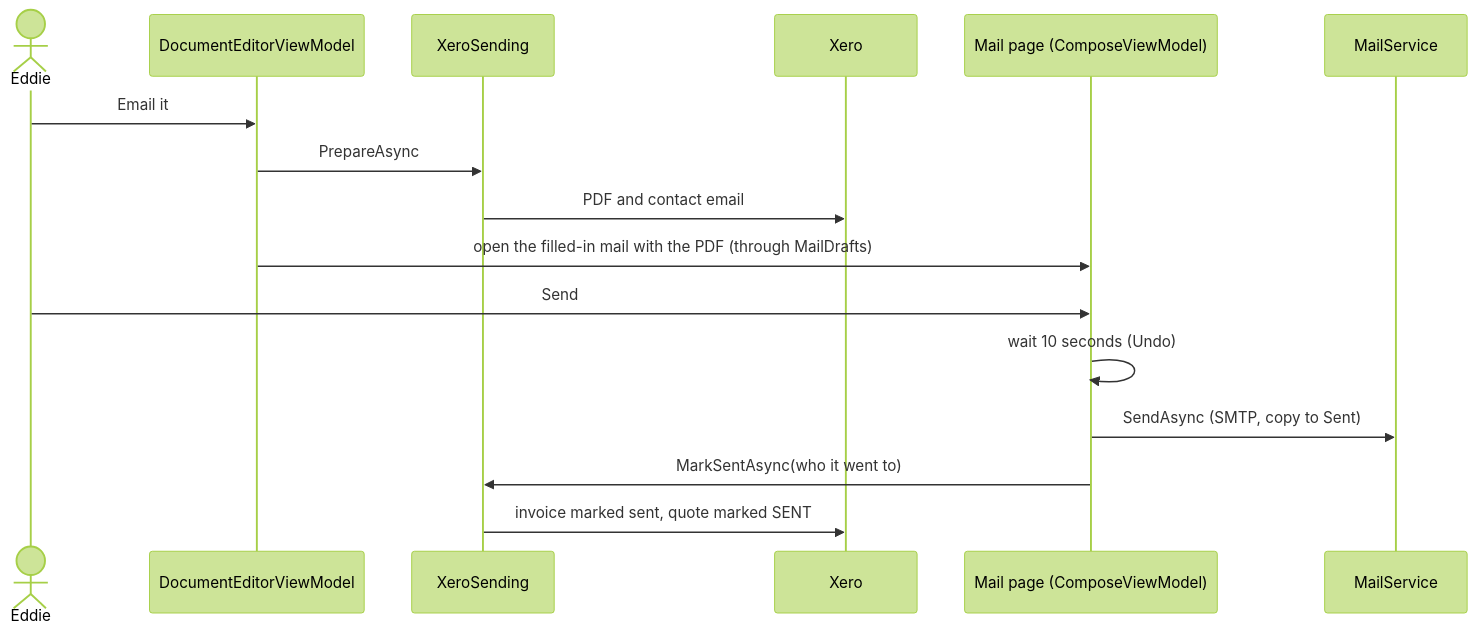
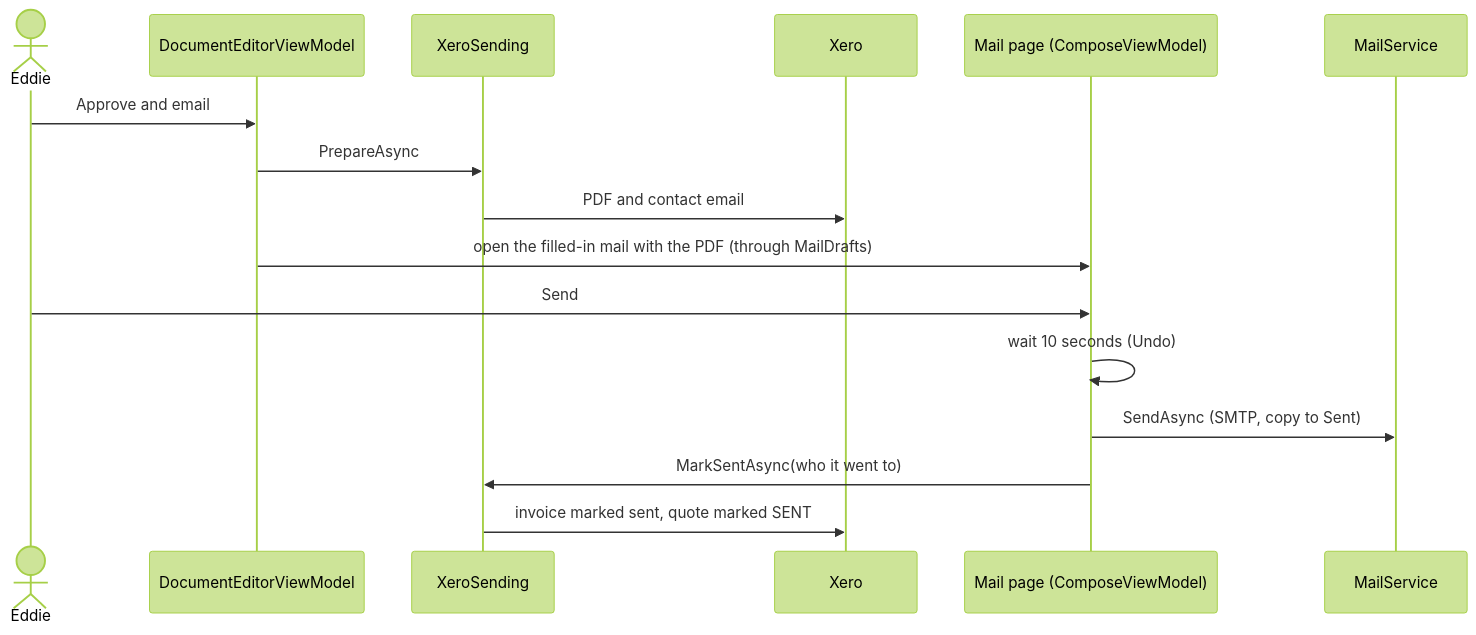
The seventh of 9 diagrams in docs/architecture.md (EdWebIgnite/Webignite-Desktop), drawn with Mermaid (forest theme) before and after one commit. The commit also changed other lines of this file and 6 other files, not shown here.

````diff
--- a/docs/architecture.md
+++ b/docs/architecture.md
@@ -266,19 +266,19 @@
 ```mermaid
 sequenceDiagram
     actor Eddie
     participant Editor as DocumentEditorViewModel
     participant Sending as XeroSending
     participant Xero
     participant Mail as Mail page (ComposeViewModel)
     participant Service as MailService
 
-    Eddie->>Editor: Email it
+    Eddie->>Editor: Approve and email
     Editor->>Sending: PrepareAsync
     Sending->>Xero: PDF and contact email
     Editor->>Mail: open the filled-in mail with the PDF (through MailDrafts)
     Eddie->>Mail: Send
     Mail->>Mail: wait 10 seconds (Undo)
     Mail->>Service: SendAsync (SMTP, copy to Sent)
     Mail->>Sending: MarkSentAsync(who it went to)
     Sending->>Xero: invoice marked sent, quote marked SENT
 ```
````
